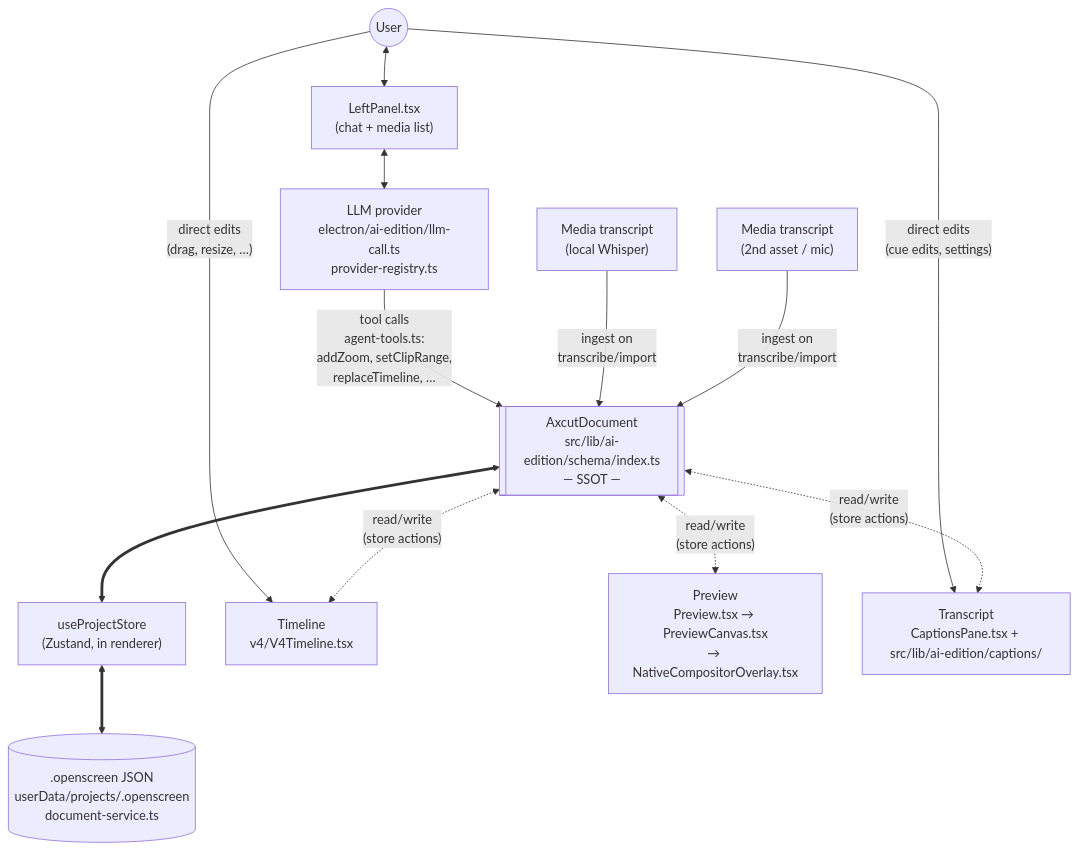
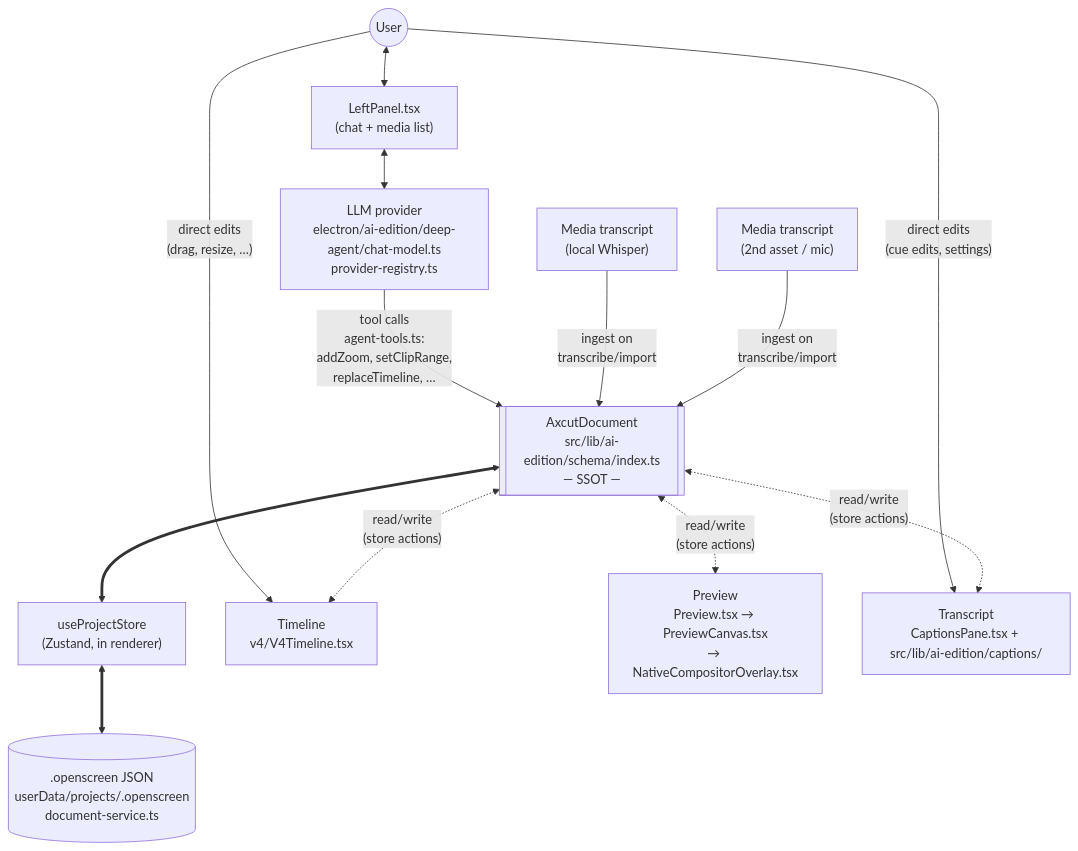
Before and after one commit to EtienneLescot/openscreen: the second of 2 diagrams in technical-documentation/architecture/overview.md, drawn with Mermaid. The commit also changed 2 other files, not shown here.

Commit message:
docs(architecture): repoint the LLM provider doc at the transport that survives
llm-providers.md still described llm-call.ts and codex-session.ts, both
deleted in 1.8.0 — streamLlm and callLlm have no remaining reference
anywhere in the repo, so the whole "Calling a model" section documented
code that no longer exists. There is one transport now:
createOpenScreenChatModel, with three callers (the agent loop, chat
compaction, caption translation).

Also drops the two removed providers from the registry table, collapses
the auth-mode table to the single API-key mode that remains, and
rewrites Known gaps against the code rather than the deleted paths.

Two of the new gaps are real defects found while verifying:
normalizeReasoningEffort in provider-registry.ts is exported with no
caller anywhere and has drifted from the live
normalizeReasoningEffortForCapability, and custom-openai-account is a
phantom strategy no branch returns or handles — both left behind by the
ChatGPT removal.

overview.md's diagram and the credential row in decisions.md pointed at
the same deleted file; repointed at chat-model.ts and llm-config-store.ts.

````diff
--- a/technical-documentation/architecture/overview.md
+++ b/technical-documentation/architecture/overview.md
@@ -63,33 +63,33 @@
 ```mermaid
 flowchart TD
     User(("User"))
     Chat["LeftPanel.tsx<br/>(chat + media list)"]
-    LLM["LLM provider<br/>electron/ai-edition/llm-call.ts<br/>provider-registry.ts"]
+    LLM["LLM provider<br/>electron/ai-edition/deep-agent/chat-model.ts<br/>provider-registry.ts"]
     DSL[["AxcutDocument<br/>src/lib/ai-edition/schema/index.ts<br/>— SSOT —"]]
     Store["useProjectStore<br/>(Zustand, in renderer)"]
     Disk[(".openscreen JSON<br/>userData/projects/<id>.openscreen<br/>document-service.ts")]
 
     MT1["Media transcript<br/>(local Whisper)"]
     MT2["Media transcript<br/>(2nd asset / mic)"]
 
     Timeline["Timeline<br/>v4/V4Timeline.tsx"]
     VPreview["Preview<br/>Preview.tsx → PreviewCanvas.tsx<br/>→ NativeCompositorOverlay.tsx"]
     VTranscript["Transcript<br/>CaptionsPane.tsx + src/lib/ai-edition/captions/"]
 
     User <--> Chat
     Chat <--> LLM
     LLM -- "tool calls<br/>agent-tools.ts:<br/>addZoom, setClipRange,<br/>replaceTimeline, …" --> DSL
 
     MT1 -- "ingest on<br/>transcribe/import" --> DSL
     MT2 -- "ingest on<br/>transcribe/import" --> DSL
 
     User -- "direct edits<br/>(drag, resize, …)" --> Timeline
     User -- "direct edits<br/>(cue edits, settings)" --> VTranscript
 
     DSL <==> Store
     Store <==> Disk
 
     DSL <-.->|"read/write<br/>(store actions)"| Timeline
     DSL <-.->|"read/write<br/>(store actions)"| VPreview
     DSL <-.->|"read/write<br/>(store actions)"| VTranscript
 ```
````
